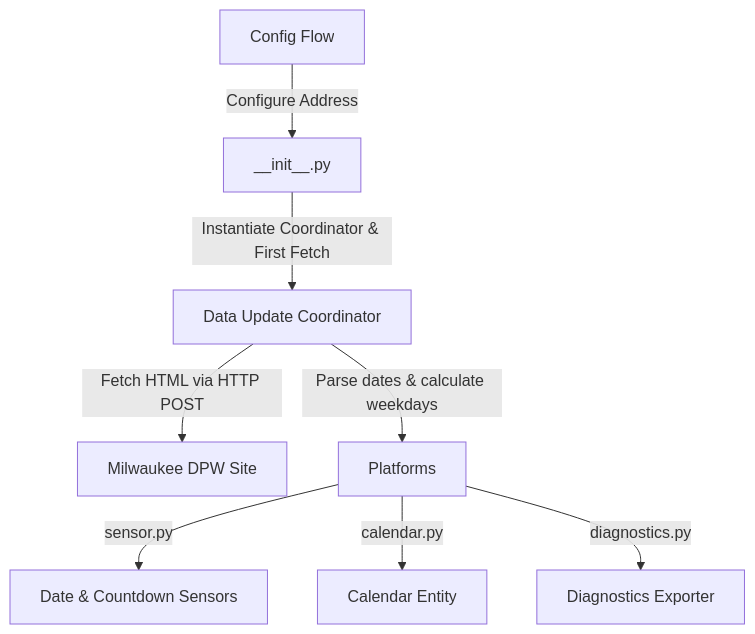
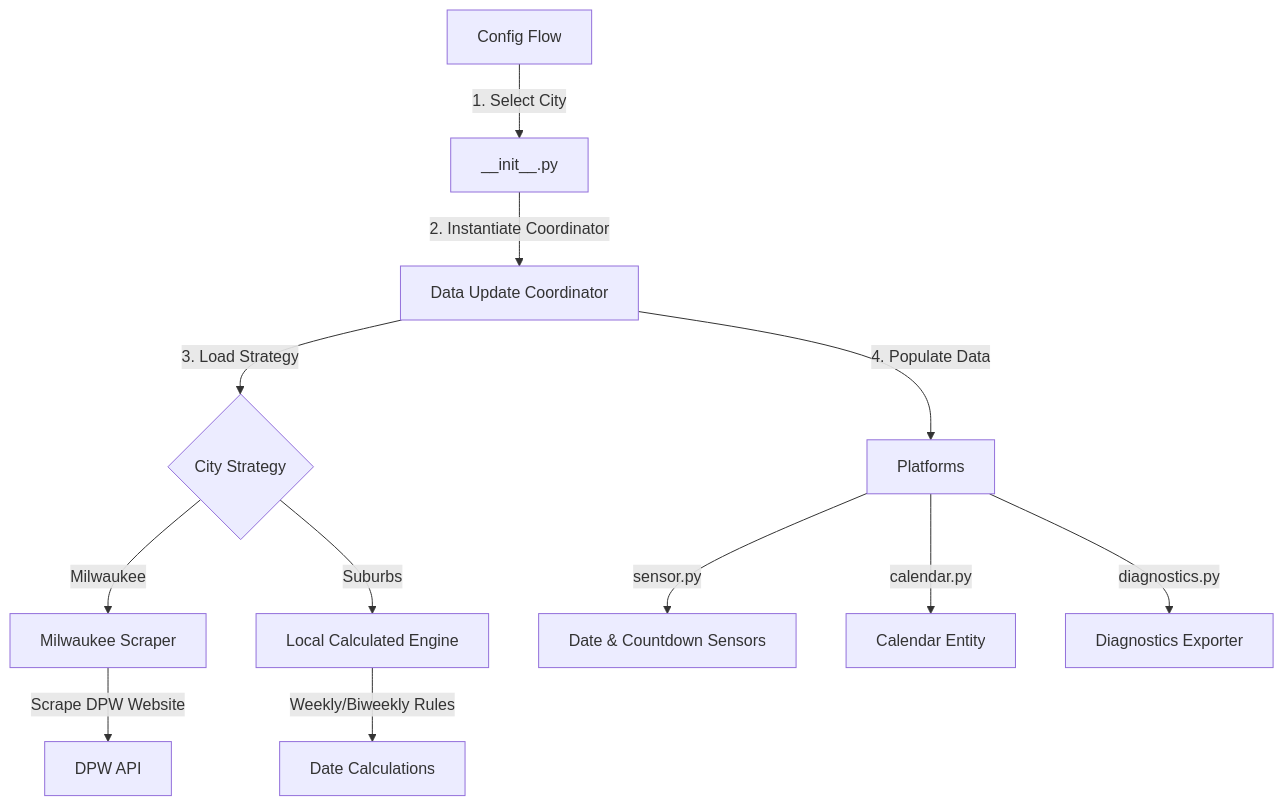
Before and after one commit to scetep/mke_garbage_recycling: the diagram in README.md, drawn with Mermaid. The commit also changed other lines of this file, not shown here.

Commit message:
Update README.md to document multi-city Strategy Pattern and local calculated scheduler

````diff
--- a/README.md
+++ b/README.md
@@ -15,10 +15,14 @@
 ```mermaid
 graph TD
-    A[Config Flow] -->|Configure Address| B[__init__.py]
-    B -->|Instantiate Coordinator & First Fetch| C[Data Update Coordinator]
-    C -->|Fetch HTML via HTTP POST| D[Milwaukee DPW Site]
-    C -->|Parse dates & calculate weekdays| E[Platforms]
-    E -->|sensor.py| F[Date & Countdown Sensors]
-    E -->|calendar.py| G[Calendar Entity]
-    E -->|diagnostics.py| H[Diagnostics Exporter]
+    A[Config Flow] -->|1. Select City| B[__init__.py]
+    B -->|2. Instantiate Coordinator| C[Data Update Coordinator]
+    C -->|3. Load Strategy| D{City Strategy}
+    D -->|Milwaukee| E[Milwaukee Scraper]
+    D -->|Suburbs| F[Local Calculated Engine]
+    E -->|Scrape DPW Website| G[DPW API]
+    F -->|Weekly/Biweekly Rules| H[Date Calculations]
+    C -->|4. Populate Data| I[Platforms]
+    I -->|sensor.py| J[Date & Countdown Sensors]
+    I -->|calendar.py| K[Calendar Entity]
+    I -->|diagnostics.py| L[Diagnostics Exporter]
 ```
````
